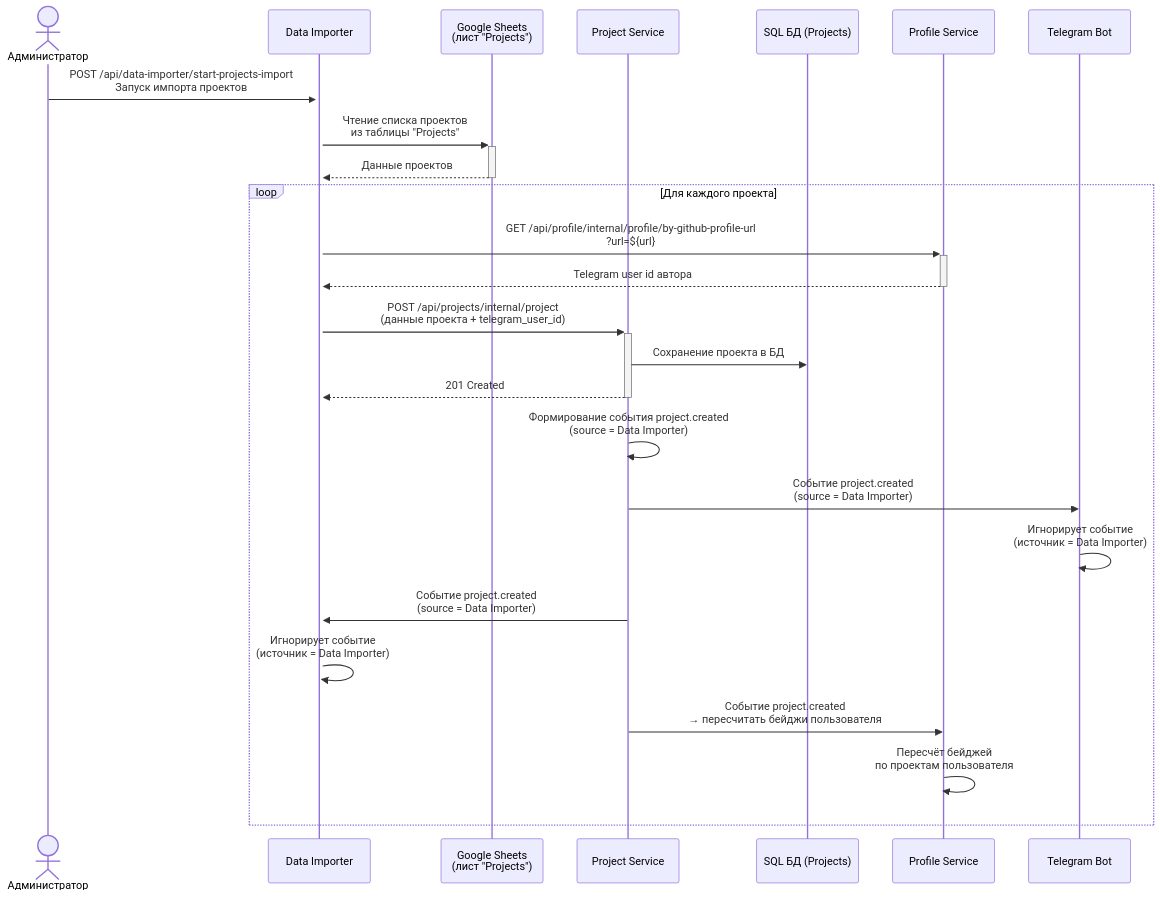
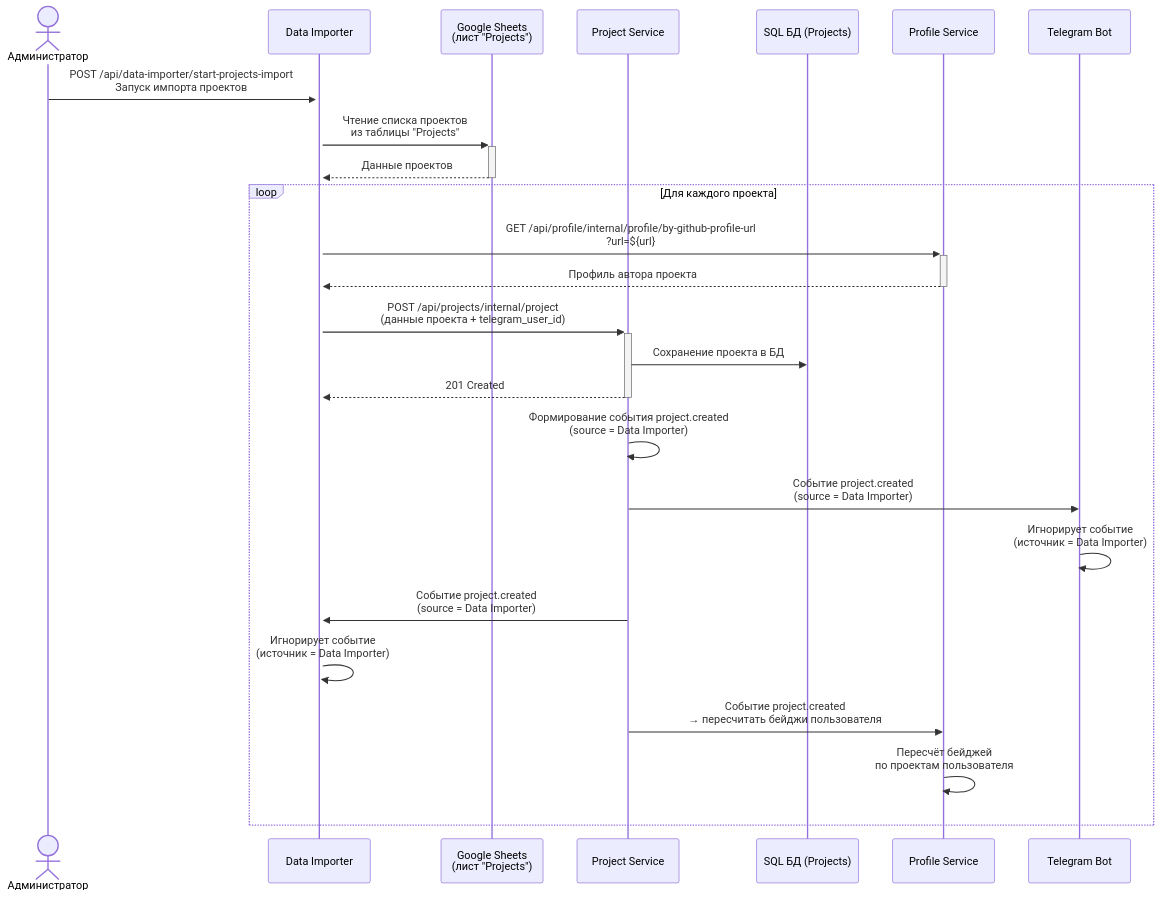
The third of 3 diagrams in system-analytics/functionality/projects-bookkeeping.md (it-mentor-community-platform/meta), drawn with Mermaid before and after one commit. The commit also changed other lines of this file, not shown here.

Commit message:
system analytics: project bookkeeping - profile clarifications
Updated the import process to include the Telegram profile link for project authors.

````diff
--- a/system-analytics/functionality/projects-bookkeeping.md
+++ b/system-analytics/functionality/projects-bookkeeping.md
@@ -104,36 +104,36 @@
 ```mermaid
 sequenceDiagram
     actor Admin as Администратор
     participant DataImporter as Data Importer
     participant GoogleSheet as Google Sheets<br/>(лист "Projects")
     participant ProjectService as Project Service
     participant SQLDB as SQL БД (Projects)
     participant ProfileService as Profile Service
     participant TelegramBot as Telegram Bot
 
     Admin ->>+ DataImporter: POST /api/data-importer/start-projects-import<br/>Запуск импорта проектов
 
     DataImporter ->>+ GoogleSheet: Чтение списка проектов<br/>из таблицы "Projects"
     GoogleSheet -->>- DataImporter: Данные проектов
 
     loop Для каждого проекта
         DataImporter ->>+ ProfileService: GET /api/profile/internal/profile/by-github-profile-url<br/>?url=${url}
-        ProfileService -->>- DataImporter: Telegram user id автора
+        ProfileService -->>- DataImporter: Профиль автора проекта
 
         DataImporter ->>+ ProjectService: POST /api/projects/internal/project<br/>(данные проекта + telegram_user_id)
 
         ProjectService ->> SQLDB: Сохранение проекта в БД
         ProjectService -->>- DataImporter: 201 Created
 
         ProjectService ->> ProjectService: Формирование события project.created<br/>(source = Data Importer)
 
         ProjectService ->> TelegramBot: Событие project.created<br/>(source = Data Importer)
         TelegramBot ->> TelegramBot: Игнорирует событие<br/>(источник = Data Importer)
 
         ProjectService ->> DataImporter: Событие project.created<br/>(source = Data Importer)
         DataImporter ->> DataImporter: Игнорирует событие<br/>(источник = Data Importer)
 
         ProjectService ->> ProfileService: Событие project.created<br/>→ пересчитать бейджи пользователя
         ProfileService ->> ProfileService: Пересчёт бейджей<br/>по проектам пользователя
     end
 ```
````
